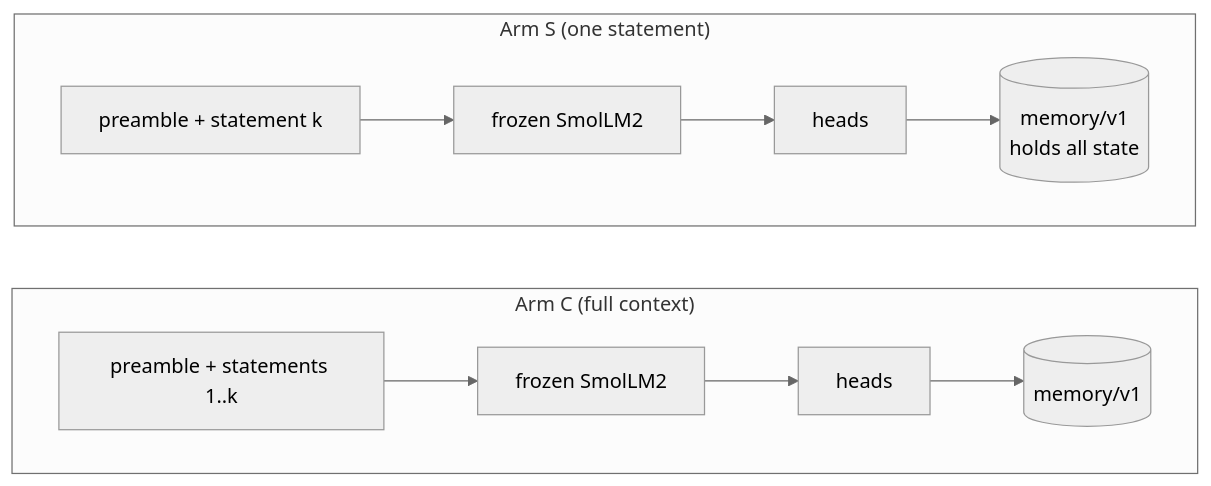
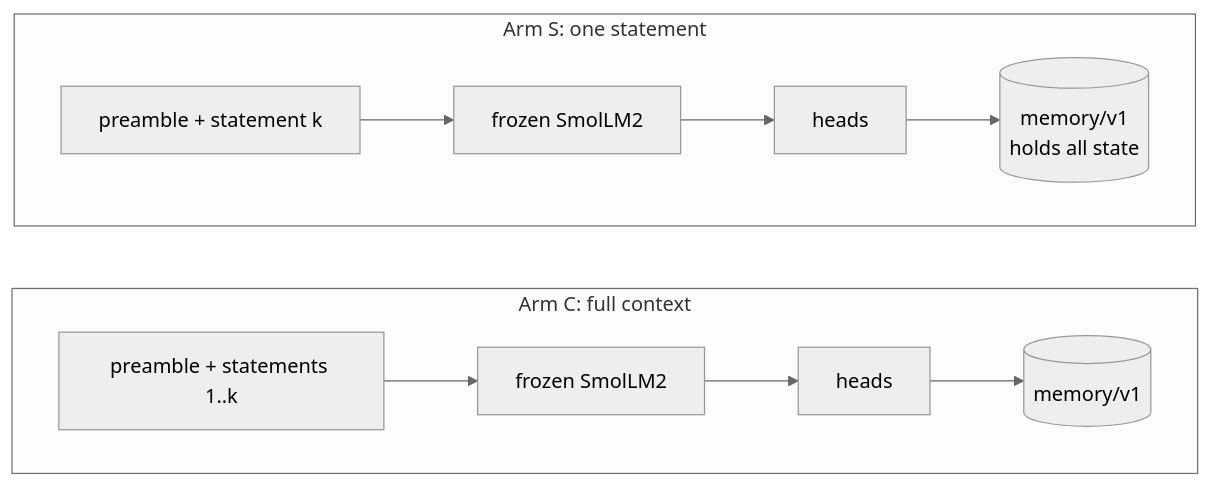
Before and after one commit to JGalego/latent-machines: the diagram in results/E09/README.md, drawn with Mermaid (neutral theme). The commit also changed other lines of this file and 14 other files, not shown here.

````diff
--- a/results/E09/README.md
+++ b/results/E09/README.md
@@ -13,11 +15,11 @@
 ```mermaid
 flowchart LR
-    subgraph C["Arm C (full context)"]
+    subgraph C["Arm C: full context"]
         direction LR
         P1["preamble + statements 1..k"] --> LM1["frozen SmolLM2"] --> H1["heads"] --> M1[("memory/v1")]
     end
-    subgraph S["Arm S (one statement)"]
+    subgraph S["Arm S: one statement"]
         direction LR
         P2["preamble + statement k"] --> LM2["frozen SmolLM2"] --> H2["heads"] --> M2[("memory/v1<br/>holds all state")]
     end
 ```
````
